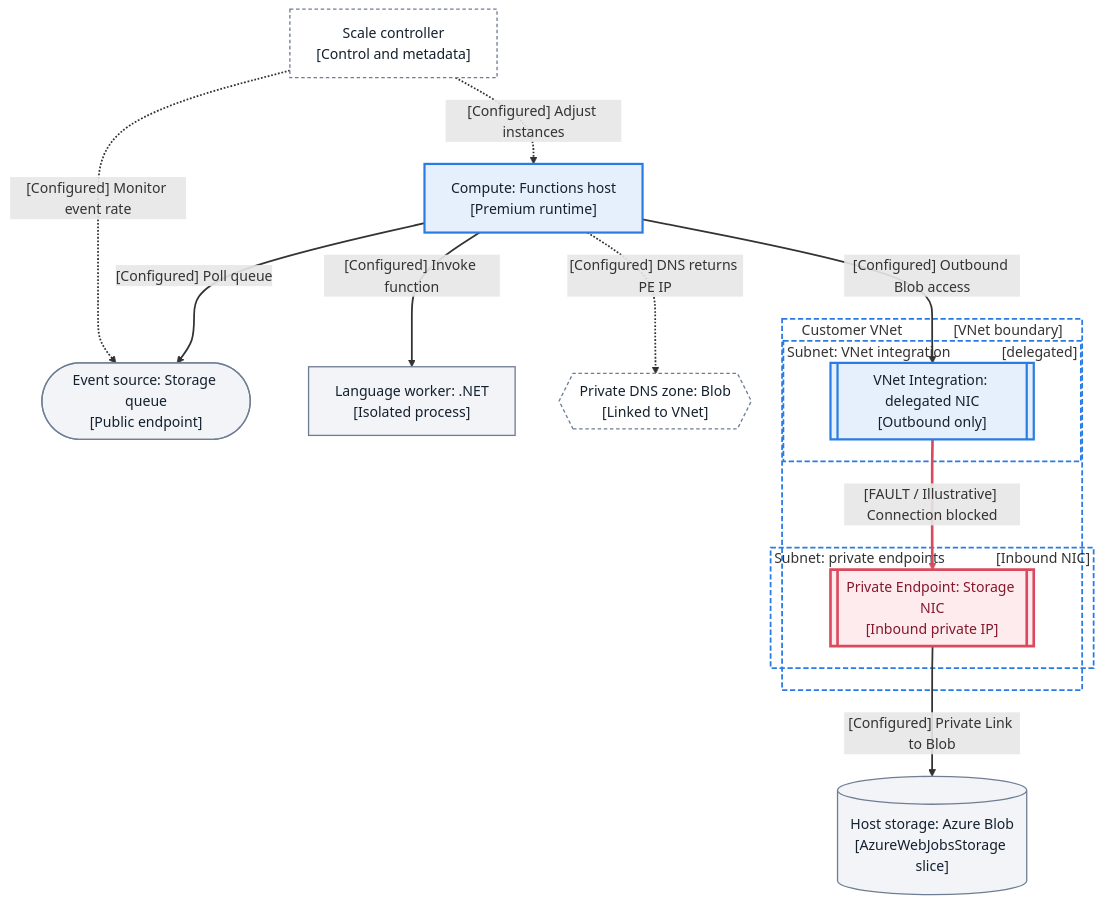
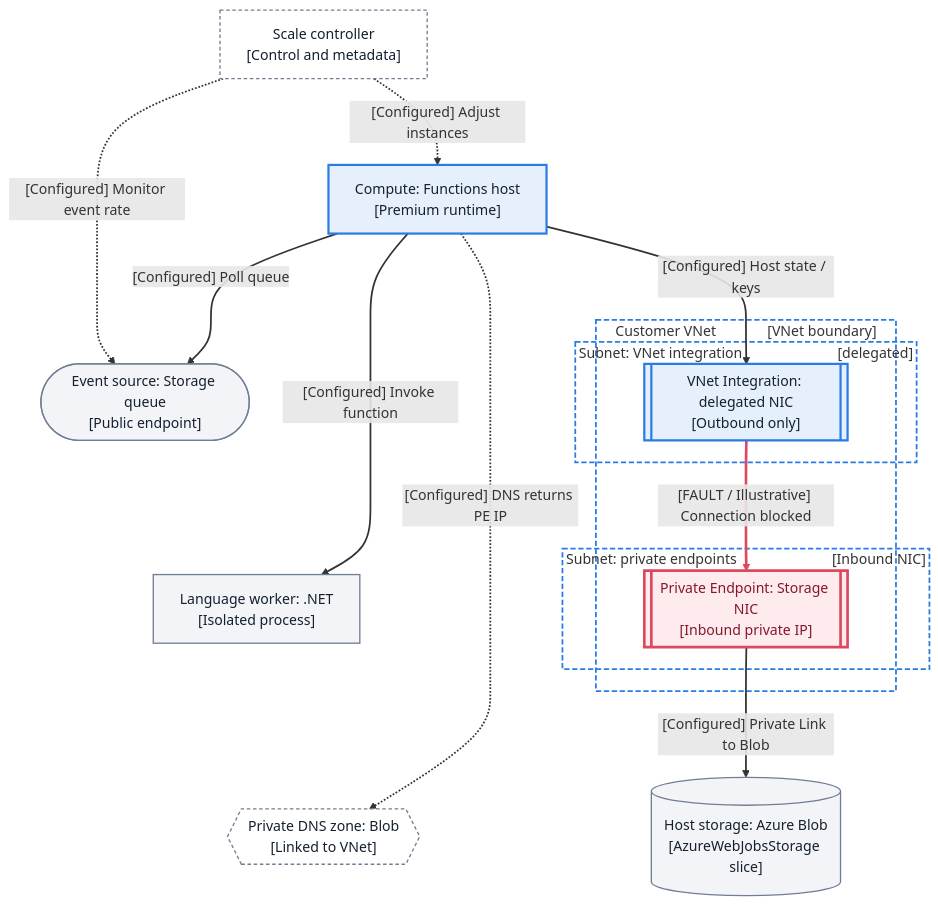
Before and after one commit to yeongseon/azure-functions-practical-guide: the sixth of 7 diagrams in docs/reference/functions-topology-templates.md, drawn with Mermaid. The commit also changed other lines of this file and 1 other file, not shown here.

First line of the commit message:
fix(diagrams): enforce bounded topology template semantics

````diff
--- a/docs/reference/functions-topology-templates.md
+++ b/docs/reference/functions-topology-templates.md
@@ -314,39 +316,41 @@
 ```mermaid
 flowchart TD
     accTitle: Premium host storage - blocked private path
     accDescr: Illustrative connection failure is anchored between outbound integration and the Storage private endpoint. Private DNS still resolves; investigate routing and endpoint connectivity rather than asserting a DNS fault.
     scale_controller["Scale controller<br/>[Control and metadata]"]
     client(["Event source: Storage queue<br/>[Public endpoint]"])
     app_runtime["Compute: Functions host<br/>[Premium runtime]"]
     language_worker["Language worker: .NET<br/>[Isolated process]"]
     storage_db[("Host storage: Azure Blob<br/>[AzureWebJobsStorage slice]")]
     dns_fn{{"Private DNS zone: Blob<br/>[Linked to VNet]"}}
     subgraph vnet_fn["Customer VNet &nbsp;&nbsp;&nbsp;&nbsp;&nbsp;&nbsp;&nbsp;&nbsp;&nbsp;&nbsp;&nbsp;&nbsp; [VNet boundary]"]
-        subgraph subnet_int_fn["Subnet: VNet integration &nbsp;&nbsp;&nbsp;&nbsp;&nbsp;&nbsp;&nbsp;&nbsp;&nbsp;&nbsp;&nbsp;&nbsp; [delegated]"]
+        subgraph subnet_int_fn["Subnet: VNet integration &nbsp;&nbsp;&nbsp;&nbsp;&nbsp;&nbsp;&nbsp;&nbsp;&nbsp;&nbsp;&nbsp;&nbsp;&nbsp;&nbsp;&nbsp;&nbsp;&nbsp;&nbsp;&nbsp;&nbsp;&nbsp;&nbsp;&nbsp;&nbsp; [delegated]"]
             vnet_integration[["VNet Integration: delegated NIC<br/>[Outbound only]"]]
         end
-        subgraph subnet_pe_fn["Subnet: private endpoints &nbsp;&nbsp;&nbsp;&nbsp;&nbsp;&nbsp;&nbsp;&nbsp;&nbsp;&nbsp;&nbsp;&nbsp; [Inbound NIC]"]
+        subgraph subnet_pe_fn["Subnet: private endpoints &nbsp;&nbsp;&nbsp;&nbsp;&nbsp;&nbsp;&nbsp;&nbsp;&nbsp;&nbsp;&nbsp;&nbsp;&nbsp;&nbsp;&nbsp;&nbsp;&nbsp;&nbsp;&nbsp;&nbsp;&nbsp;&nbsp;&nbsp;&nbsp; [Inbound NIC]"]
             pe_storage[["Private Endpoint: Storage NIC<br/>[Inbound private IP]"]]
         end
     end
     scale_controller -.->|"[Configured] Monitor event rate"| client
     scale_controller -.->|"[Configured] Adjust instances"| app_runtime
     app_runtime -->|"[Configured] Poll queue"| client
     app_runtime -->|"[Configured] Invoke function"| language_worker
     app_runtime -.->|"[Configured] DNS returns PE IP"| dns_fn
-    app_runtime -->|"[Configured] Outbound Blob access"| vnet_integration
+    app_runtime -->|"[Configured] Host state / keys"| vnet_integration
     vnet_integration ==>|"[FAULT / Illustrative] Connection blocked"| pe_storage
     pe_storage -->|"[Configured] Private Link to Blob"| storage_db
+    client ~~~ language_worker
+    language_worker ~~~ dns_fn
     classDef baseNeutral fill:#f2f4f8,stroke:#707e93,stroke-width:1.5px,color:#14202e;
     classDef focusActive fill:#e6f0fd,stroke:#287ce4,stroke-width:2.5px,color:#14202e;
     classDef bandMuted fill:#ffffff,stroke:#707e93,stroke-width:1.5px,stroke-dasharray:4 3,color:#14202e;
     classDef stateFault fill:#fdebee,stroke:#da495d,stroke-width:3px,color:#86172a;
     classDef netBox fill:transparent,stroke:#287ce4,stroke-width:2px,stroke-dasharray:6 3;
     class client,language_worker,storage_db baseNeutral;
     class app_runtime,vnet_integration focusActive;
     class scale_controller,dns_fn bandMuted;
     class pe_storage stateFault;
     class vnet_fn,subnet_int_fn,subnet_pe_fn netBox;
     linkStyle default stroke-width:2px;
     linkStyle 6 stroke:#da495d,stroke-width:3px;
 ```
````
